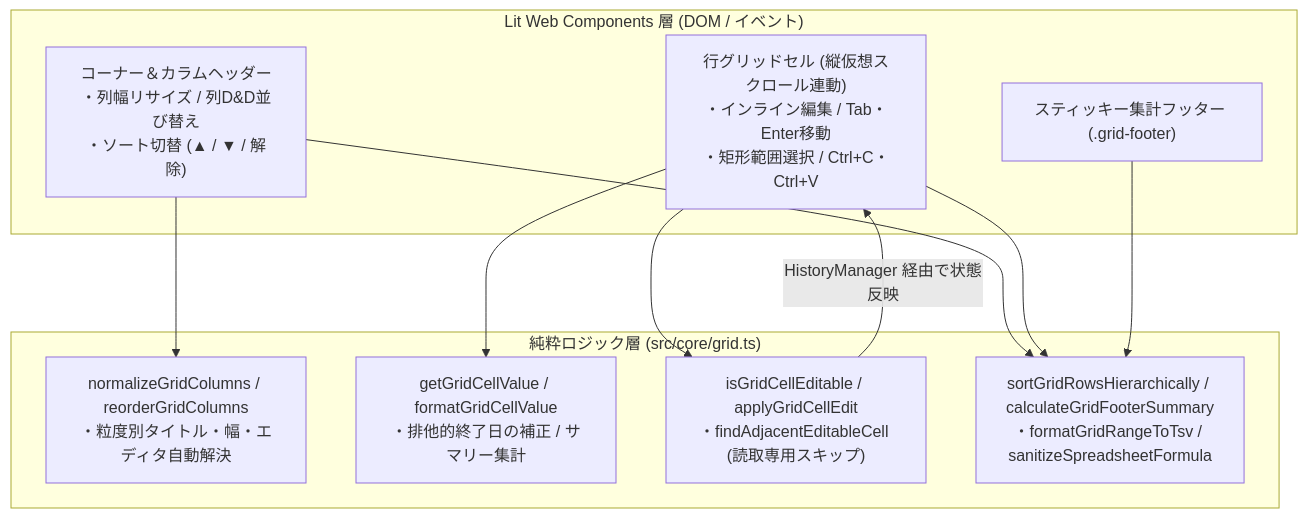
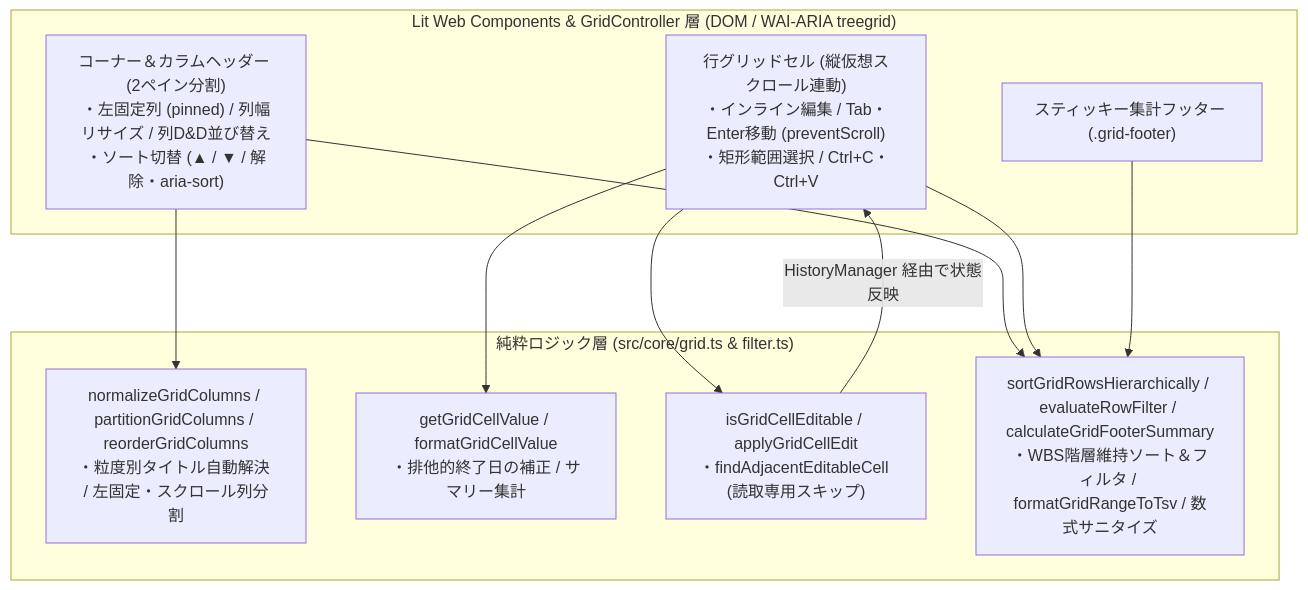
The diagram in public/moguchart-core-grid.md (hiro-murakami/qiita-content), drawn with Mermaid before and after one commit. The commit also changed other lines of this file and 1 other file, not shown here.

Commit message:
docs: update autoschedule and grid articles for core v1.10.0 and app v1.10.1

````diff
--- a/public/moguchart-core-grid.md
+++ b/public/moguchart-core-grid.md
@@ -57,23 +57,23 @@
 ```mermaid
 flowchart TB
-    subgraph UI ["Lit Web Components 層 (DOM / イベント)"]
-        Header["コーナー＆カラムヘッダー<br>・列幅リサイズ / 列D&D並び替え<br>・ソート切替 (▲ / ▼ / 解除)"]
-        Cells["行グリッドセル (縦仮想スクロール連動)<br>・インライン編集 / Tab・Enter移動<br>・矩形範囲選択 / Ctrl+C・Ctrl+V"]
+    subgraph UI ["Lit Web Components & GridController 層 (DOM / WAI-ARIA treegrid)"]
+        Header["コーナー＆カラムヘッダー (2ペイン分割)<br>・左固定列 (pinned) / 列幅リサイズ / 列D&D並び替え<br>・ソート切替 (▲ / ▼ / 解除・aria-sort)"]
+        Cells["行グリッドセル (縦仮想スクロール連動)<br>・インライン編集 / Tab・Enter移動 (preventScroll)<br>・矩形範囲選択 / Ctrl+C・Ctrl+V"]
         Footer["スティッキー集計フッター (.grid-footer)"]
     end
 
-    subgraph Core ["純粋ロジック層 (src/core/grid.ts)"]
-        Normalize["normalizeGridColumns / reorderGridColumns<br>・粒度別タイトル・幅・エディタ自動解決"]
+    subgraph Core ["純粋ロジック層 (src/core/grid.ts & filter.ts)"]
+        Normalize["normalizeGridColumns / partitionGridColumns / reorderGridColumns<br>・粒度別タイトル自動解決 / 左固定・スクロール列分割"]
         ValueFmt["getGridCellValue / formatGridCellValue<br>・排他的終了日の補正 / サマリー集計"]
         EditNav["isGridCellEditable / applyGridCellEdit<br>・findAdjacentEditableCell (読取専用スキップ)"]
-        SortTsv["sortGridRowsHierarchically / calculateGridFooterSummary<br>・formatGridRangeToTsv / sanitizeSpreadsheetFormula"]
+        SortTsv["sortGridRowsHierarchically / evaluateRowFilter / calculateGridFooterSummary<br>・WBS階層維持ソート＆フィルタ / formatGridRangeToTsv / 数式サニタイズ"]
     end
 
     Header --> Normalize
     Header --> SortTsv
     Cells --> ValueFmt
     Cells --> EditNav
     Cells --> SortTsv
     Footer --> SortTsv
     EditNav -->|"HistoryManager 経由で状態反映"| Cells
 ```
````
